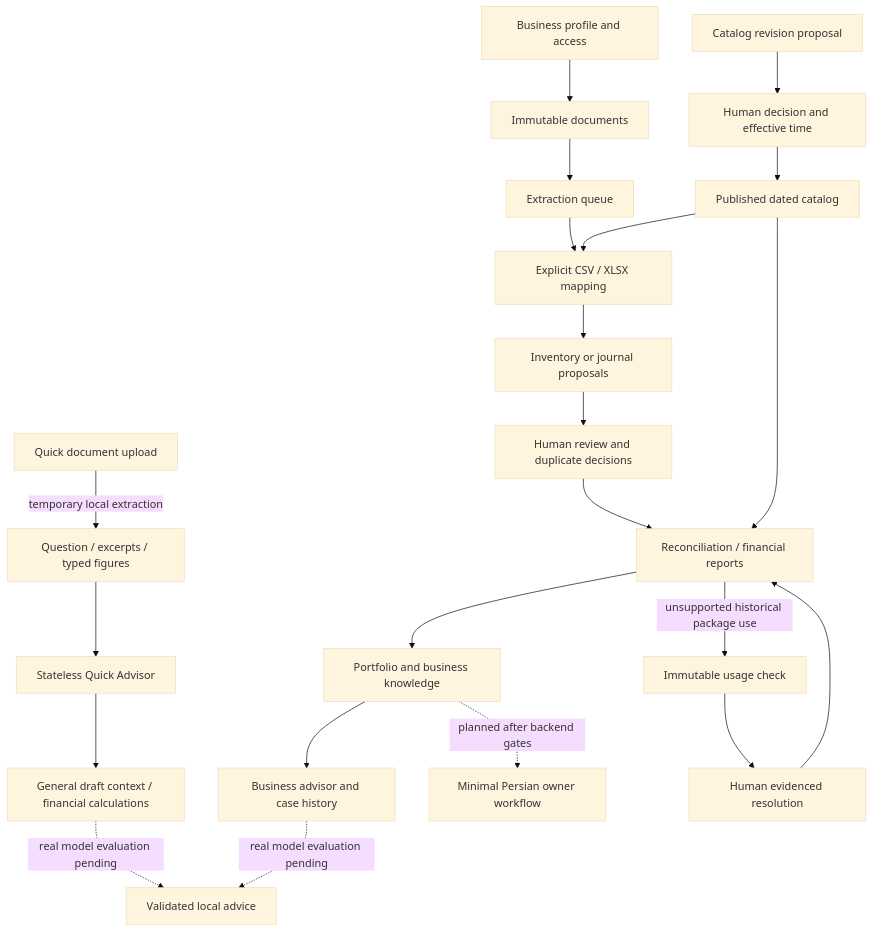
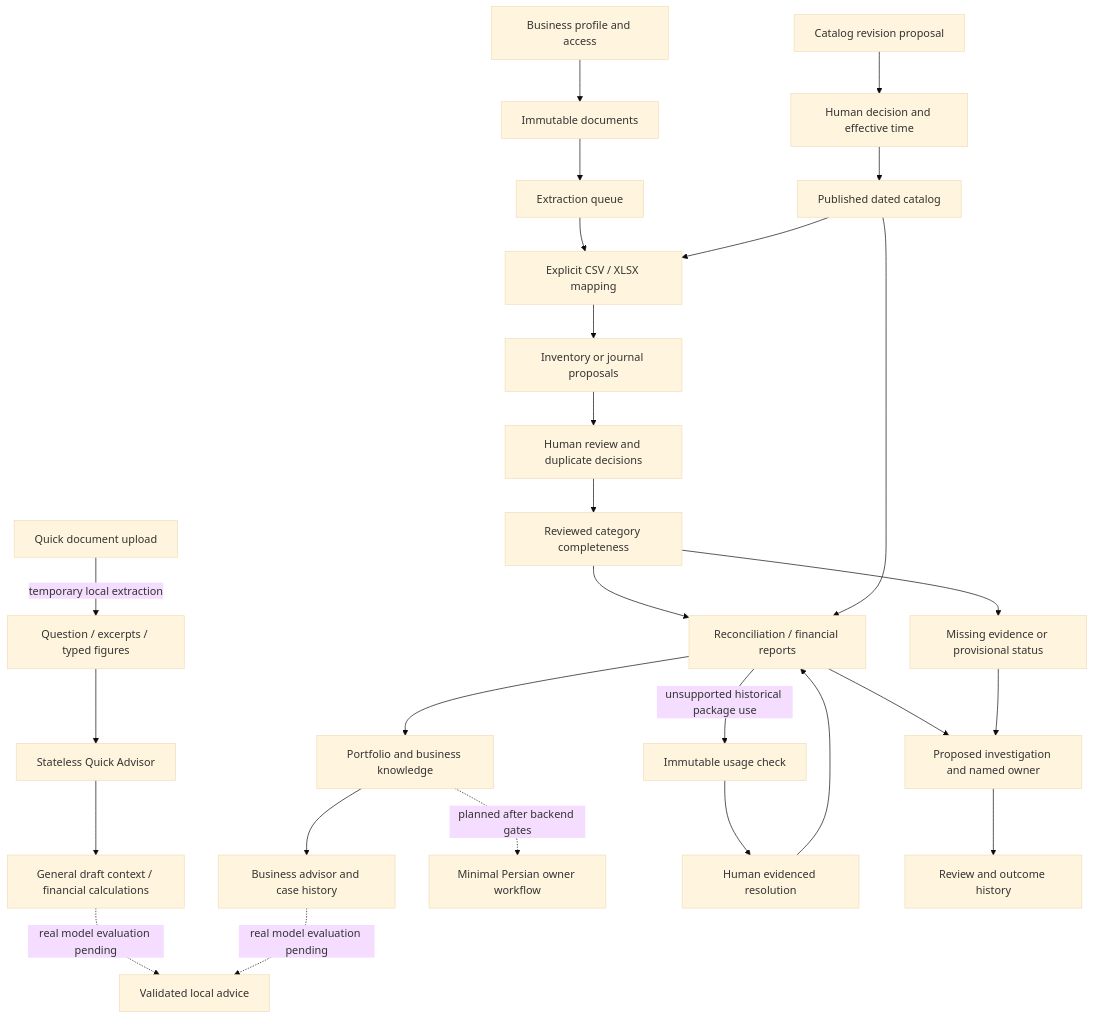
The diagram in research/PROGRESS.md (alisunkazemi21-cloud/Herman-SME-Financial-Advisor-Perisan), drawn with Mermaid (base theme) before and after one commit. The commit also changed other lines of this file and 3 other files, not shown here.

````diff
--- a/research/PROGRESS.md
+++ b/research/PROGRESS.md
@@ -31,24 +31,29 @@
 ```mermaid
 flowchart TD
     A[Business profile and access] --> B[Immutable documents]
     B --> C[Extraction queue]
     C --> D[Explicit CSV / XLSX mapping]
     D --> E[Inventory or journal proposals]
     E --> F[Human review and duplicate decisions]
-    F --> G[Reconciliation / financial reports]
+    F --> V[Reviewed category completeness]
+    V --> G[Reconciliation / financial reports]
+    V --> W[Missing evidence or provisional status]
     G --> H[Portfolio and business knowledge]
     H --> I[Business advisor and case history]
     J[Question / excerpts / typed figures] --> K[Stateless Quick Advisor]
     O[Quick document upload] -->|temporary local extraction| J
     K --> L[General draft context / financial calculations]
     L -. real model evaluation pending .-> N[Validated local advice]
     H -. planned after backend gates .-> M[Minimal Persian owner workflow]
     I -. real model evaluation pending .-> N[Validated local advice]
     P[Catalog revision proposal] --> Q[Human decision and effective time]
     Q --> R[Published dated catalog]
     R --> D
     R --> G
     G -->|unsupported historical package use| T[Immutable usage check]
     T --> U[Human evidenced resolution]
     U --> G
+    G --> Y[Proposed investigation and named owner]
+    W --> Y
+    Y --> Z[Review and outcome history]
 ```
````
